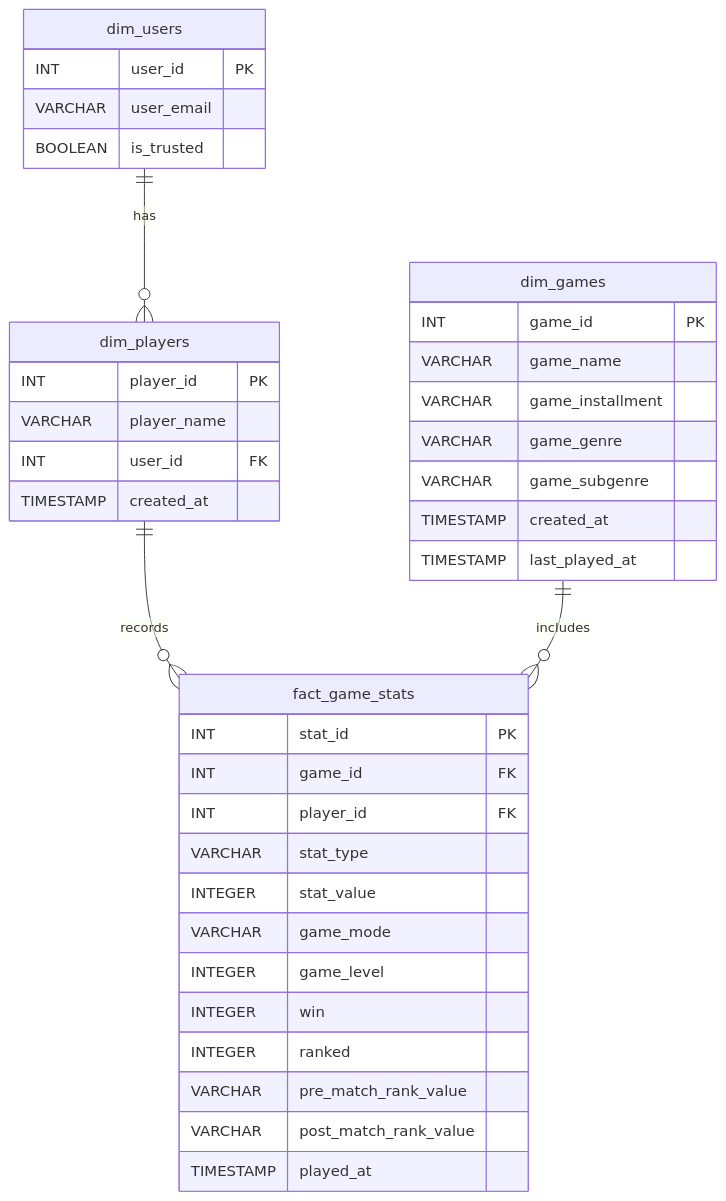
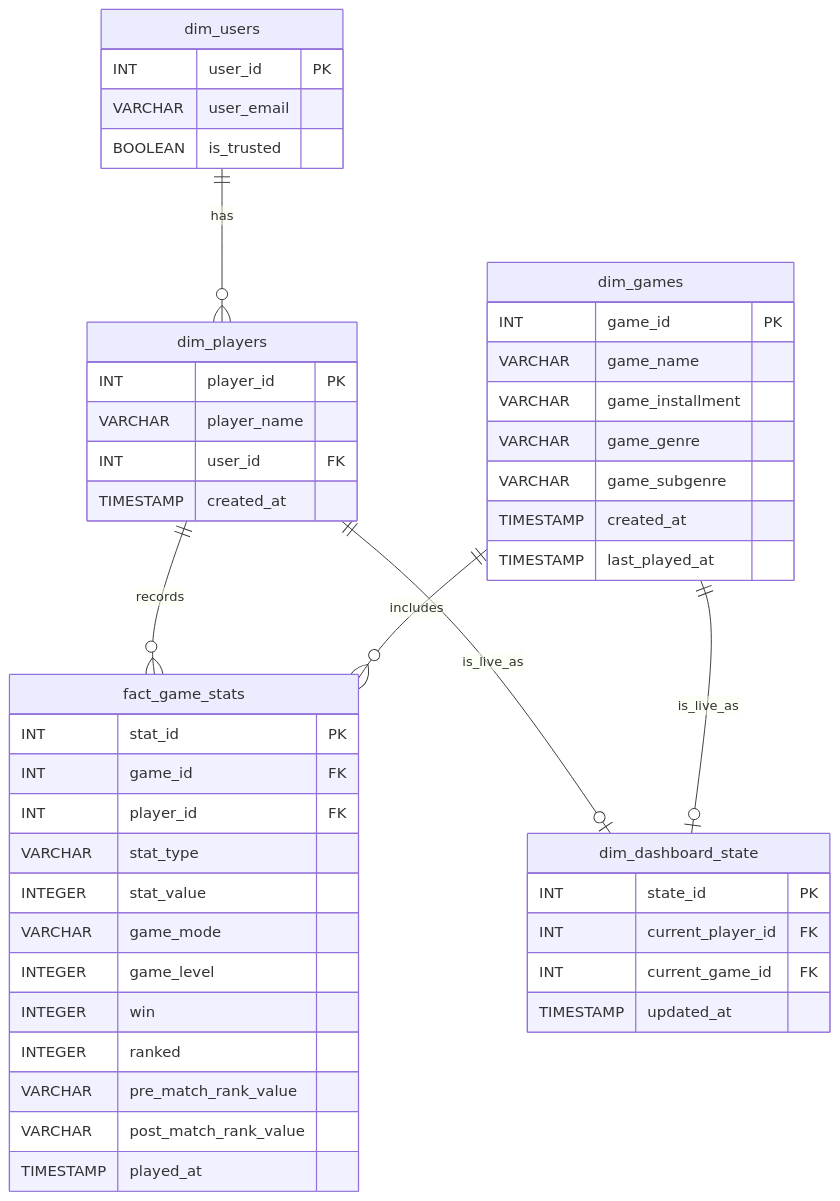
The diagram in README.md (b-i-king/Video_Game_Stats_Tracker), drawn with Mermaid before and after one commit.

Commit message:
Add dim_dashboard_state table to schema

````diff
--- a/README.md
+++ b/README.md
@@ -161,44 +161,48 @@
 ```mermaid
 erDiagram
     dim_users {
         INT user_id PK
         VARCHAR user_email
         BOOLEAN is_trusted
     }
-
     dim_players {
         INT player_id PK
         VARCHAR player_name
         INT user_id FK
         TIMESTAMP created_at
     }
-
     dim_games {
         INT game_id PK
         VARCHAR game_name
         VARCHAR game_installment
         VARCHAR game_genre
         VARCHAR game_subgenre
         TIMESTAMP created_at
         TIMESTAMP last_played_at
     }
-
+    dim_dashboard_state {
+        INT state_id PK
+        INT current_player_id FK
+        INT current_game_id FK
+        TIMESTAMP updated_at
+    }
     fact_game_stats {
         INT stat_id PK
         INT game_id FK
         INT player_id FK
         VARCHAR stat_type
         INTEGER stat_value
         VARCHAR game_mode
         INTEGER game_level
         INTEGER win
         INTEGER ranked
         VARCHAR pre_match_rank_value
         VARCHAR post_match_rank_value
         TIMESTAMP played_at
     }
-
     dim_users ||--o{ dim_players : "has"
     dim_players ||--o{ fact_game_stats : "records"
     dim_games ||--o{ fact_game_stats : "includes"
+    dim_players ||--o| dim_dashboard_state : "is_live_as"
+    dim_games ||--o| dim_dashboard_state : "is_live_as"
 ```
````
